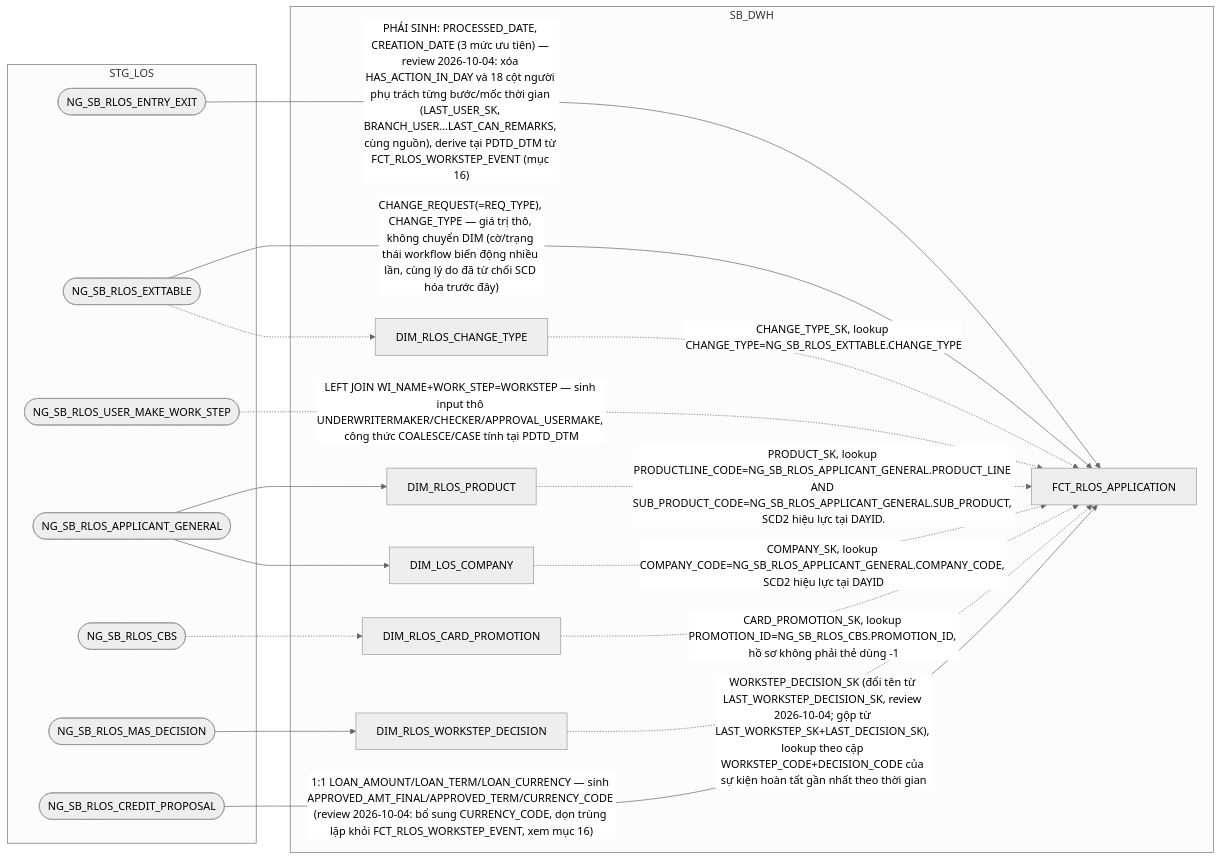
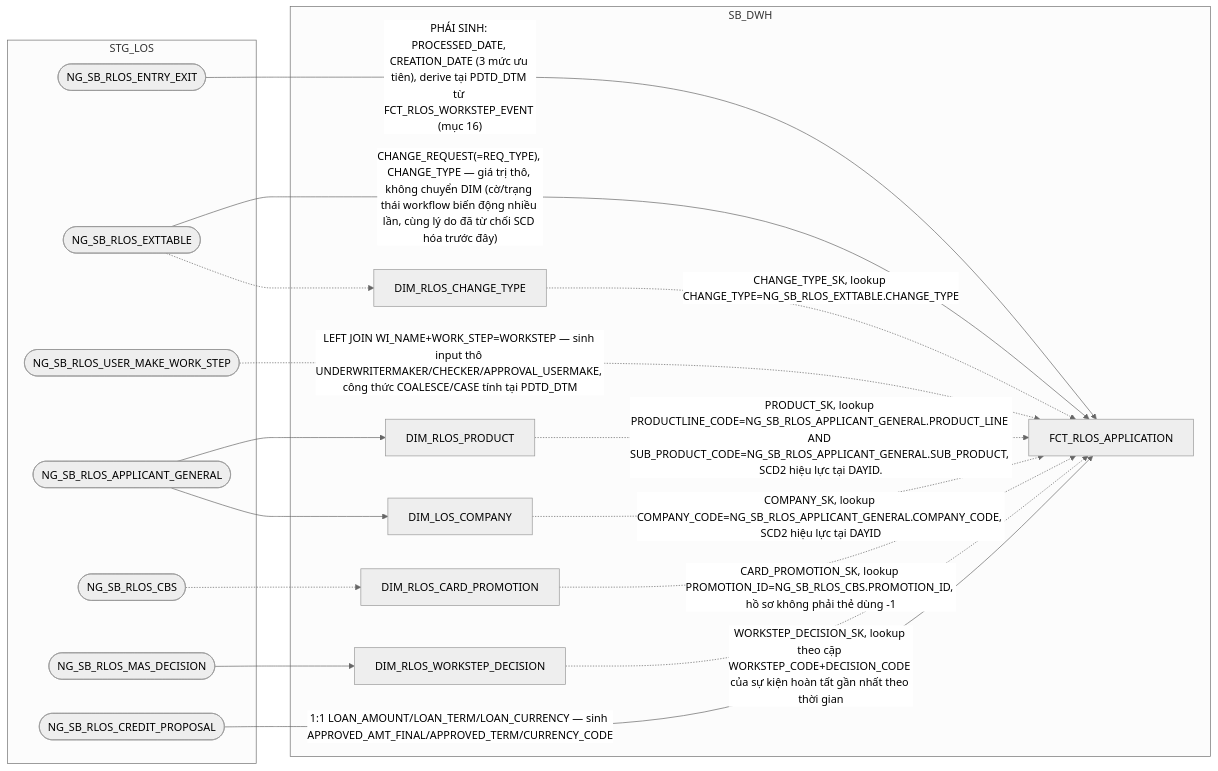
Before and after one commit to chien1198/sb-mapping-gen: the seventh of 14 diagrams in hld/hld_review/HLD_FCT_SB_DWH_review.md, drawn with Mermaid (neutral theme). The commit also changed other lines of this file and 9 other files, not shown here.

````diff
--- a/hld/hld_review/HLD_FCT_SB_DWH_review.md
+++ b/hld/hld_review/HLD_FCT_SB_DWH_review.md
@@ -509,34 +509,34 @@
 ```mermaid
 flowchart LR
     subgraph STG_LOS
         A(["NG_SB_RLOS_ENTRY_EXIT"])
         I(["NG_SB_RLOS_EXTTABLE"])
         J(["NG_SB_RLOS_USER_MAKE_WORK_STEP"])
         P1(["NG_SB_RLOS_APPLICANT_GENERAL"])
         P4(["NG_SB_RLOS_CBS"])
         MW(["NG_SB_RLOS_MAS_DECISION"])
         CR(["NG_SB_RLOS_CREDIT_PROPOSAL"])
     end
     subgraph SB_DWH
         WD["DIM_RLOS_WORKSTEP_DECISION"]
         PR["DIM_RLOS_PRODUCT"]
         OU["DIM_LOS_COMPANY"]
         CT["DIM_RLOS_CHANGE_TYPE"]
         CP["DIM_RLOS_CARD_PROMOTION"]
         E["FCT_RLOS_APPLICATION"]
     end
-    A -->|"PHÁI SINH: PROCESSED_DATE, CREATION_DATE (3 mức ưu tiên) — review 2026-10-04: xóa HAS_ACTION_IN_DAY và 18 cột người phụ trách từng bước/mốc thời gian (LAST_USER_SK, BRANCH_USER...LAST_CAN_REMARKS, cùng nguồn), derive tại PDTD_DTM từ FCT_RLOS_WORKSTEP_EVENT (mục 16)"| E
+    A -->|"PHÁI SINH: PROCESSED_DATE, CREATION_DATE (3 mức ưu tiên), derive tại PDTD_DTM từ FCT_RLOS_WORKSTEP_EVENT (mục 16)"| E
     I -->|"CHANGE_REQUEST(=REQ_TYPE), CHANGE_TYPE — giá trị thô, không chuyển DIM (cờ/trạng thái workflow biến động nhiều lần, cùng lý do đã từ chối SCD hóa trước đây)"| E
     I -.-> CT
     J -.->|"LEFT JOIN WI_NAME+WORK_STEP=WORKSTEP — sinh input thô UNDERWRITERMAKER/CHECKER/APPROVAL_USERMAKE, công thức COALESCE/CASE tính tại PDTD_DTM"| E
-    WD -.->|"WORKSTEP_DECISION_SK (đổi tên từ LAST_WORKSTEP_DECISION_SK, review 2026-10-04; gộp từ LAST_WORKSTEP_SK+LAST_DECISION_SK), lookup theo cặp WORKSTEP_CODE+DECISION_CODE của sự kiện hoàn tất gần nhất theo thời gian"| E
+    WD -.->|"WORKSTEP_DECISION_SK, lookup theo cặp WORKSTEP_CODE+DECISION_CODE của sự kiện hoàn tất gần nhất theo thời gian"| E
     MW --> WD
     PR -.->|"PRODUCT_SK, lookup PRODUCTLINE_CODE=NG_SB_RLOS_APPLICANT_GENERAL.PRODUCT_LINE AND SUB_PRODUCT_CODE=NG_SB_RLOS_APPLICANT_GENERAL.SUB_PRODUCT, SCD2 hiệu lực tại DAYID."| E
     OU -.->|"COMPANY_SK, lookup COMPANY_CODE=NG_SB_RLOS_APPLICANT_GENERAL.COMPANY_CODE, SCD2 hiệu lực tại DAYID"| E
     CT -.->|"CHANGE_TYPE_SK, lookup CHANGE_TYPE=NG_SB_RLOS_EXTTABLE.CHANGE_TYPE"| E
     CP -.->|"CARD_PROMOTION_SK, lookup PROMOTION_ID=NG_SB_RLOS_CBS.PROMOTION_ID, hồ sơ không phải thẻ dùng -1"| E
     P1 --> PR
     P1 --> OU
     P4 -.-> CP
-    CR -->|"1:1 LOAN_AMOUNT/LOAN_TERM/LOAN_CURRENCY — sinh APPROVED_AMT_FINAL/APPROVED_TERM/CURRENCY_CODE (review 2026-10-04: bổ sung CURRENCY_CODE, dọn trùng lặp khỏi FCT_RLOS_WORKSTEP_EVENT, xem mục 16)"| E
+    CR -->|"1:1 LOAN_AMOUNT/LOAN_TERM/LOAN_CURRENCY — sinh APPROVED_AMT_FINAL/APPROVED_TERM/CURRENCY_CODE"| E
 ```
````
